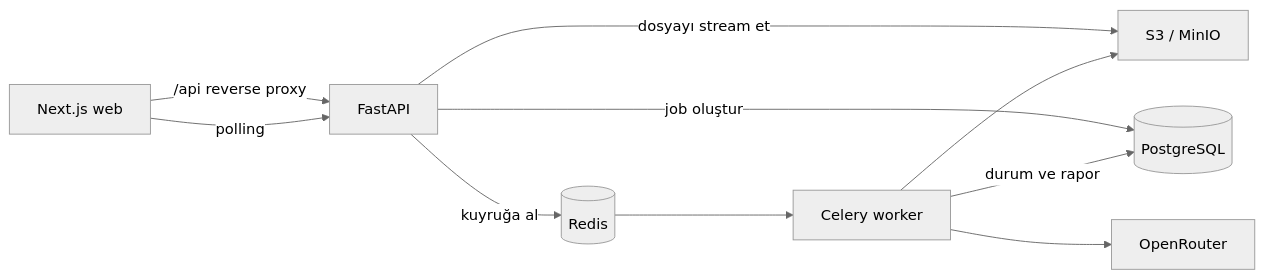
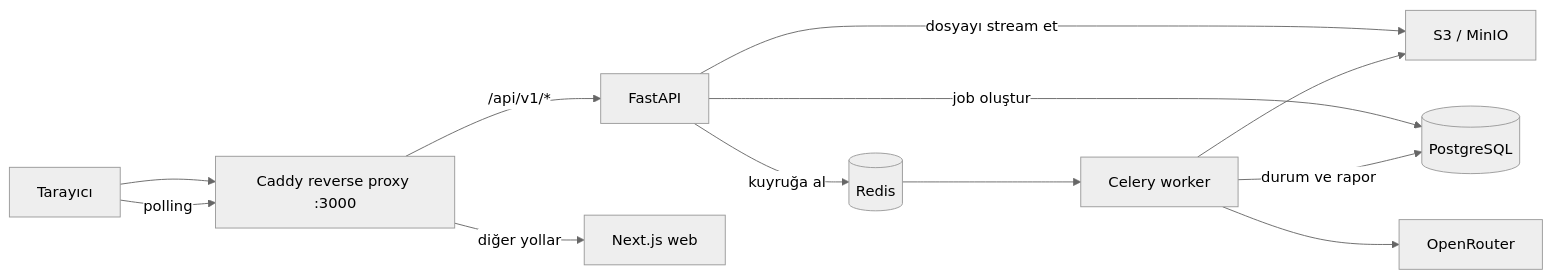
Before and after one commit to Emre-Ustundag/AUZEF-Chat-Analiz: the second of 2 diagrams in README.md, drawn with Mermaid (neutral theme). The commit also changed other lines of this file and 48 other files, not shown here.

````diff
--- a/README.md
+++ b/README.md
@@ -80,12 +93,14 @@
 ```mermaid
 flowchart LR
-    U["Next.js web"] -->|"/api reverse proxy"| A["FastAPI"]
+    B["Tarayıcı"] --> X["Caddy reverse proxy :3000"]
+    X -->|"/api/v1/*"| A["FastAPI"]
+    X -->|"diğer yollar"| U["Next.js web"]
     A -->|"dosyayı stream et"| S["S3 / MinIO"]
     A -->|"job oluştur"| P[("PostgreSQL")]
     A -->|"kuyruğa al"| R[("Redis")]
     R --> W["Celery worker"]
     W --> S
     W --> O["OpenRouter"]
     W -->|"durum ve rapor"| P
-    U -->|"polling"| A
+    B -->|"polling"| X
 ```
````
